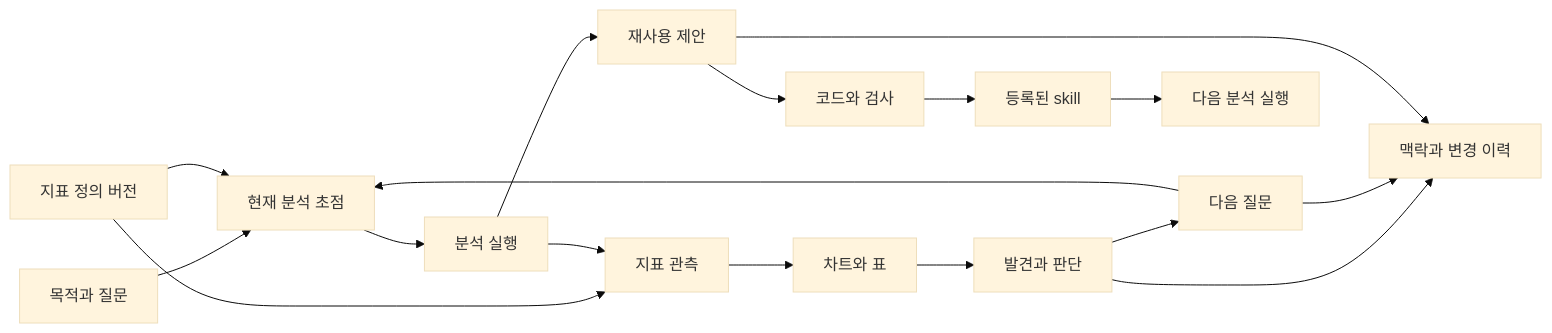
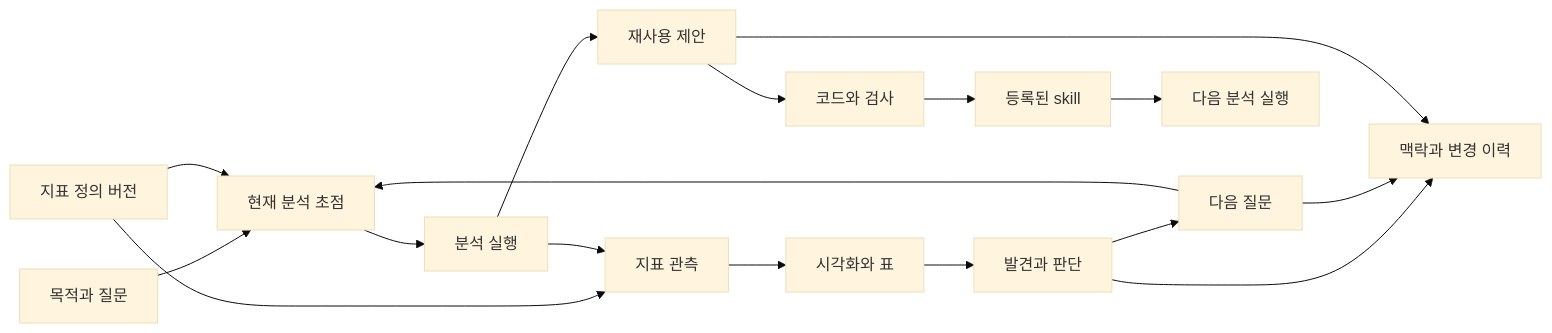
One commit to handochan/aelix-analytics changed the diagram in docs/DESIGN-CONTINUITY-AND-REUSE.md. Above: the diagram before and after it, drawn with Mermaid (base theme). The commit also changed other lines of this file and 23 other files, not shown here.

````diff
--- a/docs/DESIGN-CONTINUITY-AND-REUSE.md
+++ b/docs/DESIGN-CONTINUITY-AND-REUSE.md
@@ -16,19 +18,19 @@
 ```mermaid
 flowchart LR
     Q[목적과 질문] --> X[현재 분석 초점]
     M[지표 정의 버전] --> X
     X --> R[분석 실행]
     M --> O[지표 관측]
     R --> O
-    O --> A[차트와 표]
+    O --> A[시각화와 표]
     A --> F[발견과 판단]
     F --> Q2[다음 질문]
     Q2 --> X
     R --> P[재사용 제안]
     P --> V[코드와 검사]
     V --> S[등록된 skill]
     S --> R2[다음 분석 실행]
     F --> H[맥락과 변경 이력]
     Q2 --> H
     P --> H
 ```
````
